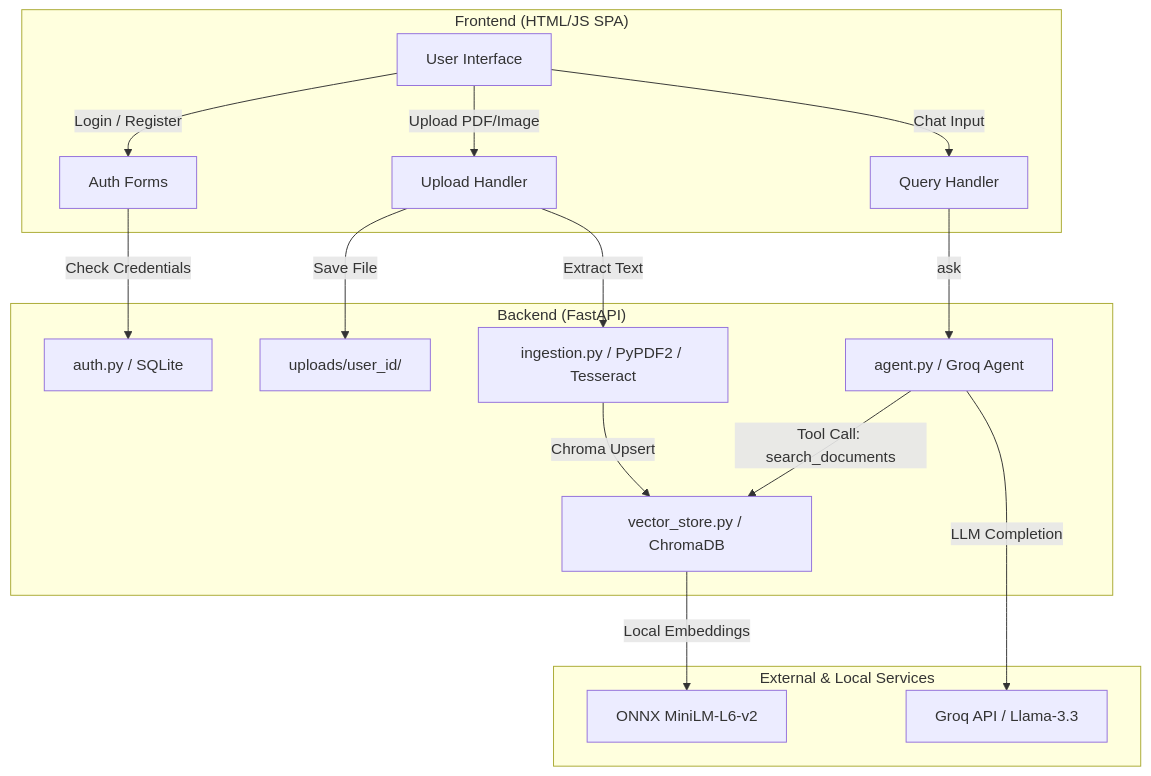
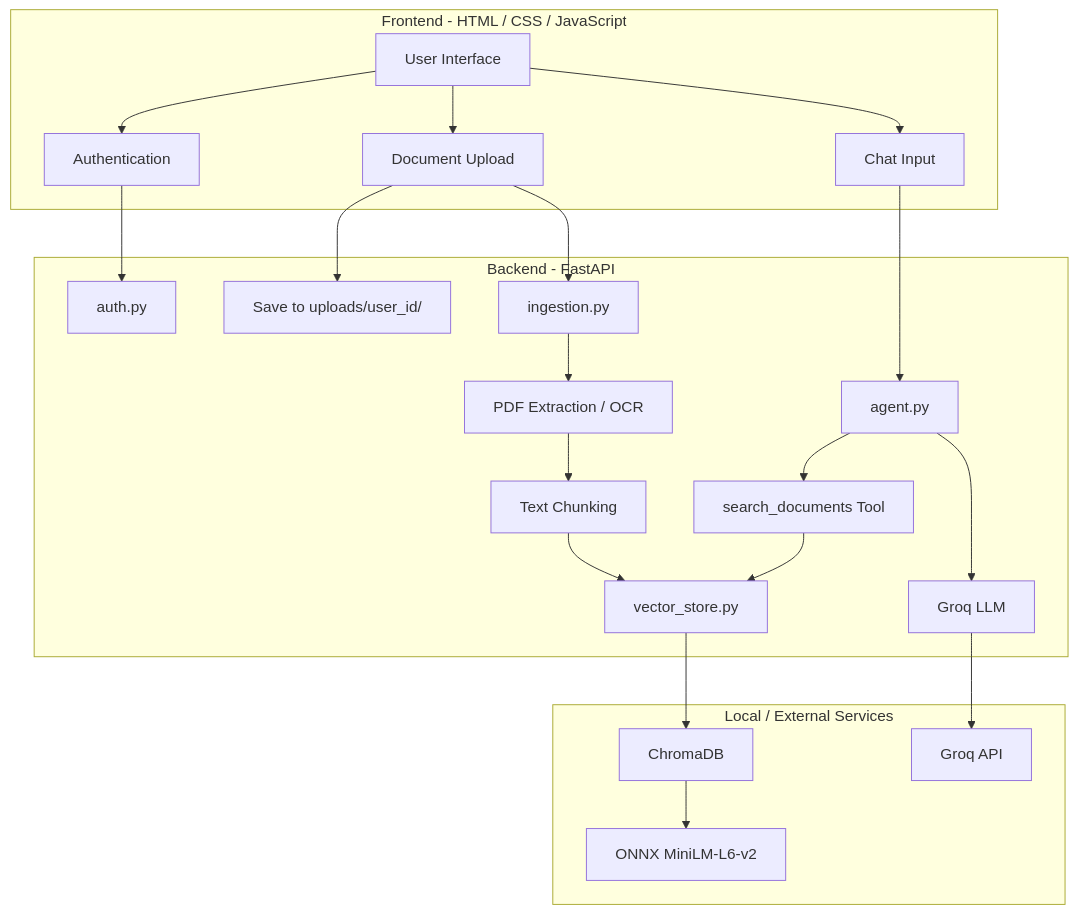
Before and after one commit to dev-x-infinite/Multi-Model_Rag: the diagram in README.md, drawn with Mermaid. The commit also changed other lines of this file, not shown here.

````diff
--- a/README.md
+++ b/README.md
@@ -23,23 +104,30 @@
 ```mermaid
 graph TD
 
-    subgraph Frontend["Frontend (HTML/JS SPA)"]
-        A["User Interface"] -->|Login / Register| B["Auth Forms"]
-        A -->|Upload PDF/Image| C["Upload Handler"]
-        A -->|Chat Input| D["Query Handler"]
+    subgraph Frontend["Frontend - HTML / CSS / JavaScript"]
+        A["User Interface"] --> B["Authentication"]
+        A --> C["Document Upload"]
+        A --> D["Chat Input"]
     end
 
-    subgraph Backend["Backend (FastAPI)"]
-        B -->|Check Credentials| E["auth.py / SQLite"]
-        C -->|Save File| F["uploads/user_id/"]
-        C -->|Extract Text| G["ingestion.py / PyPDF2 / Tesseract"]
-        G -->|Chroma Upsert| H["vector_store.py / ChromaDB"]
-        D -->|ask| I["agent.py / Groq Agent"]
+    subgraph Backend["Backend - FastAPI"]
+        B --> E["auth.py"]
+        C --> F["Save to uploads/user_id/"]
+        C --> G["ingestion.py"]
+
+        G --> H["PDF Extraction / OCR"]
+        H --> I["Text Chunking"]
+        I --> J["vector_store.py"]
+
+        D --> K["agent.py"]
+        K --> L["Groq LLM"]
+        K --> M["search_documents Tool"]
+        M --> J
     end
 
-    subgraph Services["External & Local Services"]
-        H -->|Local Embeddings| J["ONNX MiniLM-L6-v2"]
-        I -->|Tool Call: search_documents| H
-        I -->|LLM Completion| K["Groq API / Llama-3.3"]
+    subgraph Storage["Local / External Services"]
+        J --> N["ChromaDB"]
+        N --> O["ONNX MiniLM-L6-v2"]
+        L --> P["Groq API"]
     end
 ```
````
